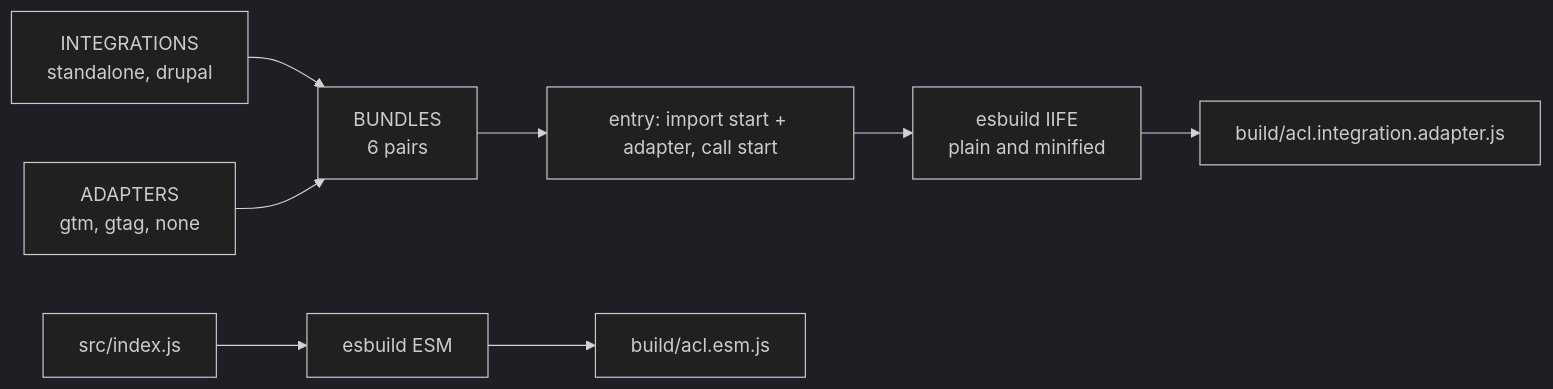
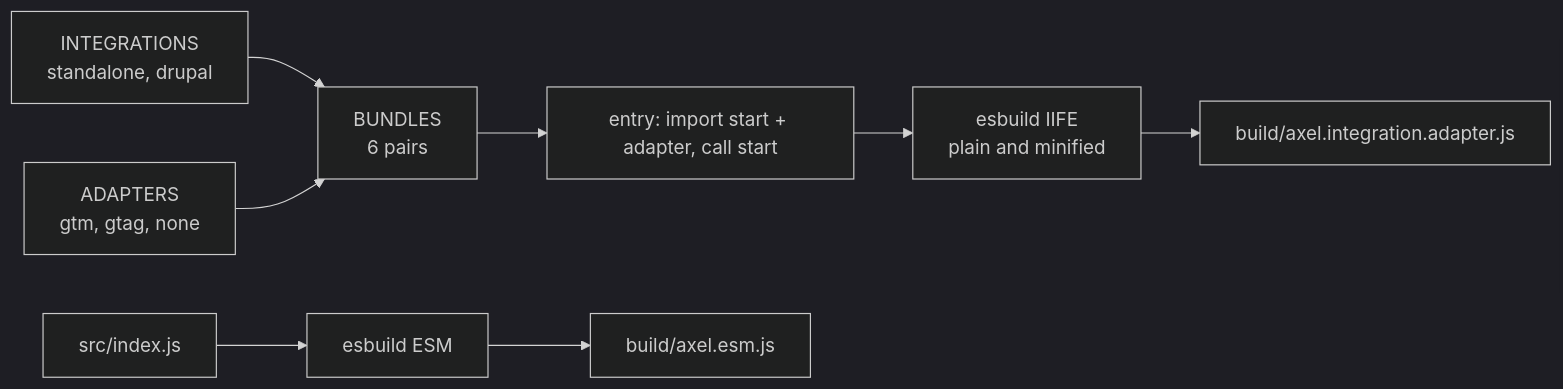
Before and after one commit to drevops/axel: the second of 3 diagrams in docs/architecture/README.md, drawn with Mermaid (dark theme). The commit also changed other lines of this file and 29 other files, not shown here.

Commit message:
Renamed the 'data-acl-*' attributes, globals, Drupal settings, class and bundles to 'axel'.

````diff
--- a/docs/architecture/README.md
+++ b/docs/architecture/README.md
@@ -49,10 +49,10 @@
 ```mermaid
 %% Traced from: scripts/bundles.js, scripts/build.js.
 flowchart LR
     integrations[INTEGRATIONS<br>standalone, drupal] --> matrix
     adapterList[ADAPTERS<br>gtm, gtag, none] --> matrix
     matrix[BUNDLES<br>6 pairs] --> entry[entry: import start + adapter, call start]
     entry --> esbuild[esbuild IIFE<br>plain and minified]
-    esbuild --> files[build/acl.integration.adapter.js]
-    index[src/index.js] --> esm[esbuild ESM] --> esmFile[build/acl.esm.js]
+    esbuild --> files[build/axel.integration.adapter.js]
+    index[src/index.js] --> esm[esbuild ESM] --> esmFile[build/axel.esm.js]
 ```
````
